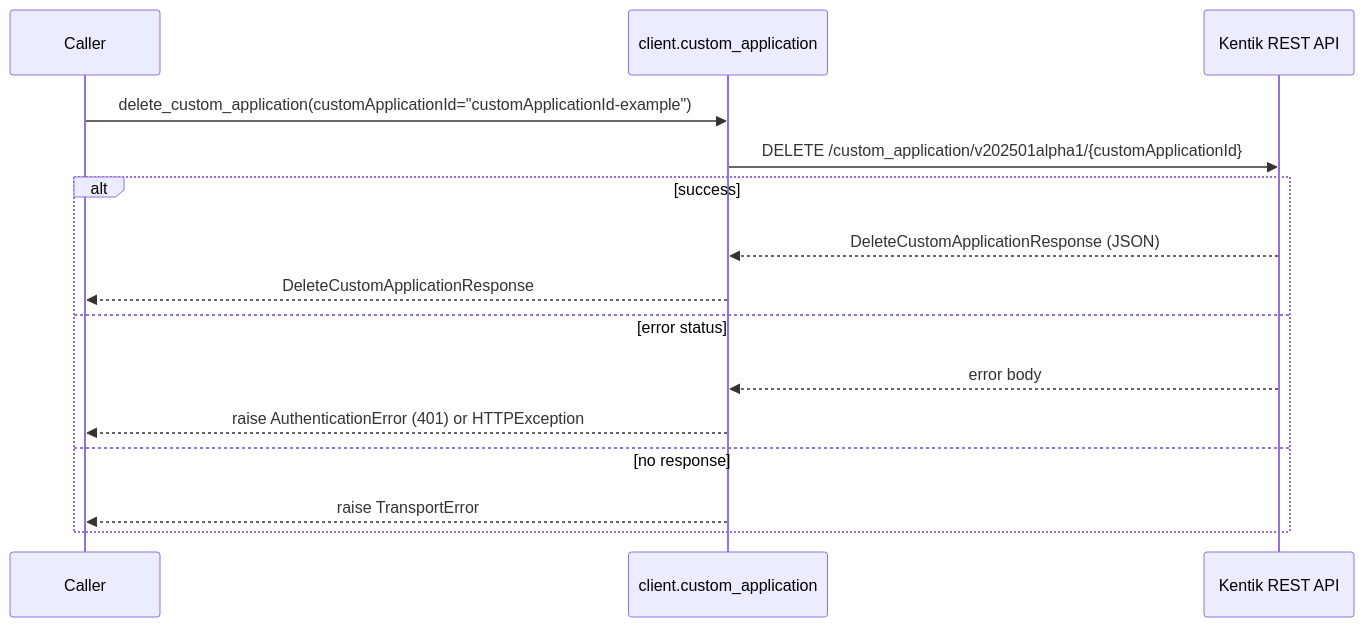
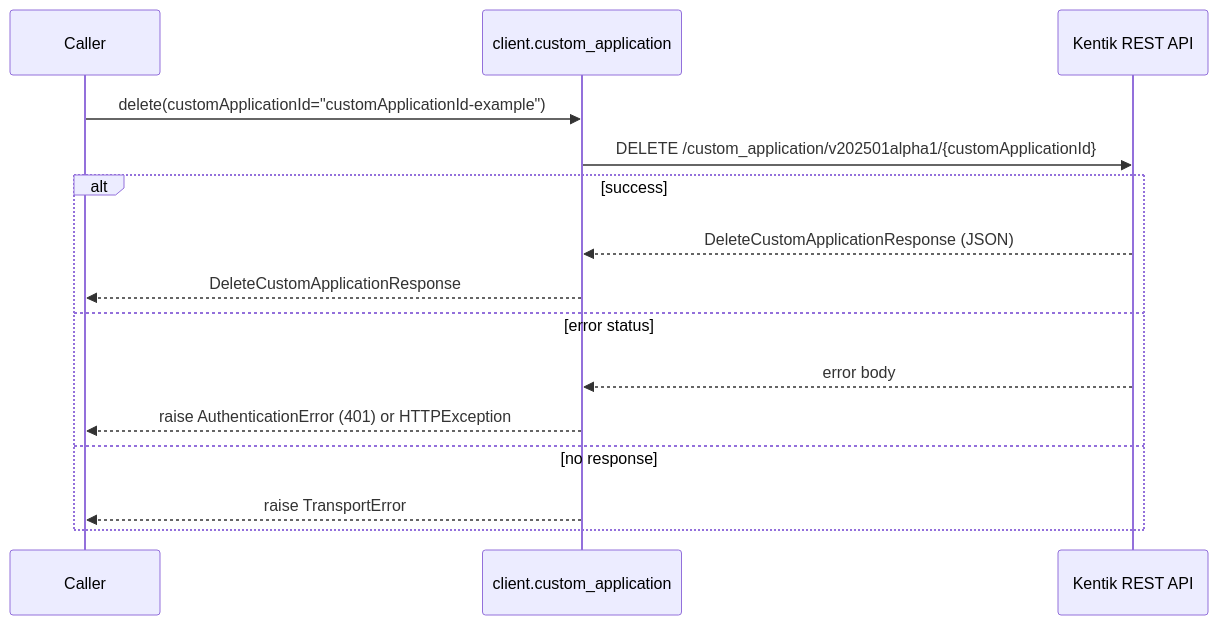
One commit to alexdearaujo/community_sdk_python changed the tenth of 12 diagrams in docs/sphinx/services/custom_application.md. Above: the diagram before and after it, drawn with Mermaid. The commit also changed other lines of this file and 119 other files, not shown here.

````diff
--- a/docs/sphinx/services/custom_application.md
+++ b/docs/sphinx/services/custom_application.md
@@ -338,18 +338,18 @@
 ```mermaid
 sequenceDiagram
     participant C as Caller
     participant W as client.custom_application
     participant API as Kentik REST API
 
-    C->>W: delete_custom_application(customApplicationId="customApplicationId-example")
+    C->>W: delete(customApplicationId="customApplicationId-example")
     W->>API: DELETE /custom_application/v202501alpha1/{customApplicationId}
     alt success
         API-->>W: DeleteCustomApplicationResponse (JSON)
         W-->>C: DeleteCustomApplicationResponse
     else error status
         API-->>W: error body
         W-->>C: raise AuthenticationError (401) or HTTPException
     else no response
         W-->>C: raise TransportError
     end
 ```
````
